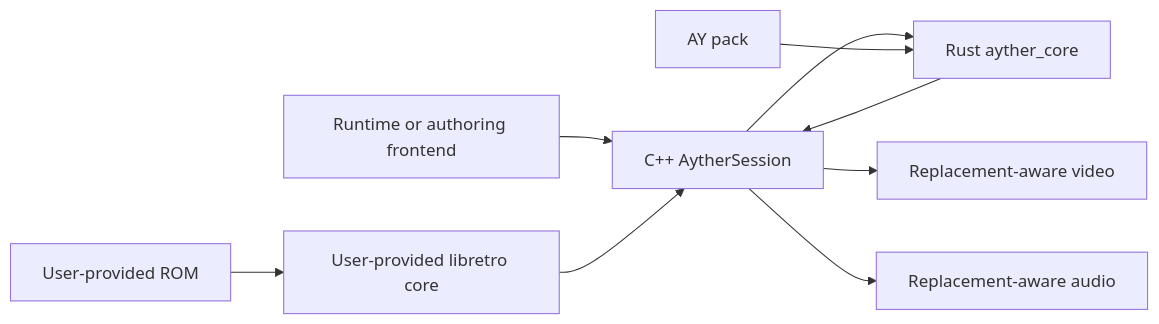
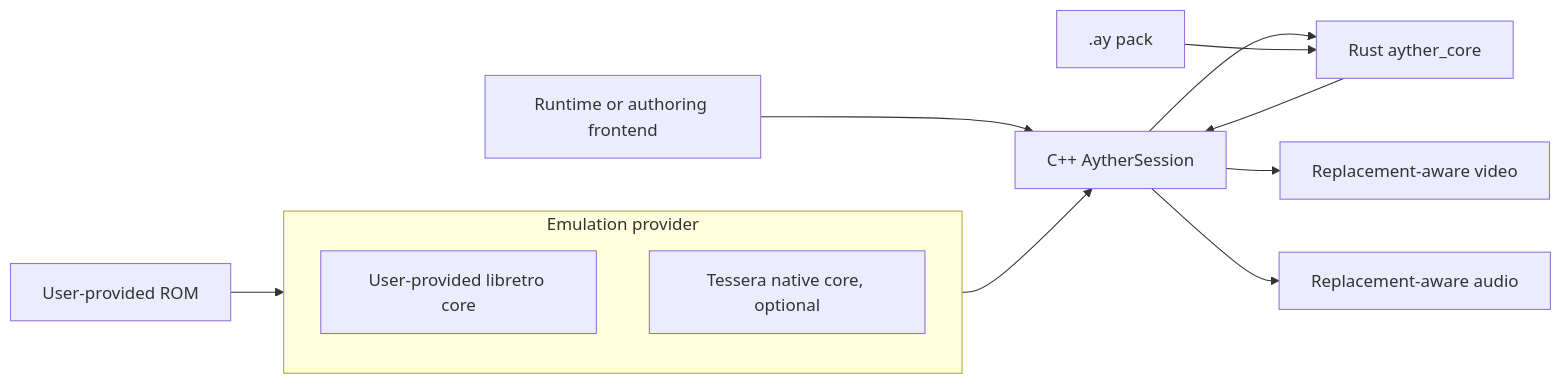
Before and after one commit to Ayther-Dev/AYTHER-Engine: the first of 2 diagrams in docs/ARCHITECTURE.md, drawn with Mermaid. The commit also changed other lines of this file and 53 other files, not shown here.

First line of the commit message:
docs: refresh the Engine documentation for rc.29 and the Tessera provider (#63)

````diff
--- a/docs/ARCHITECTURE.md
+++ b/docs/ARCHITECTURE.md
@@ -19,11 +17,15 @@
 ```mermaid
 flowchart LR
     Frontend[Runtime or authoring frontend] --> Session[C++ AytherSession]
-    ROM[User-provided ROM] --> Emulator[User-provided libretro core]
-    Emulator --> Session
+    ROM[User-provided ROM] --> Provider
+    subgraph Provider[Emulation provider]
+        Libretro[User-provided libretro core]
+        Tessera[Tessera native core, optional]
+    end
+    Provider --> Session
     Session --> Core[Rust ayther_core]
-    Pack[AY pack] --> Core
+    Pack[.ay pack] --> Core
     Core --> Session
     Session --> Video[Replacement-aware video]
     Session --> Audio[Replacement-aware audio]
 ```
````
